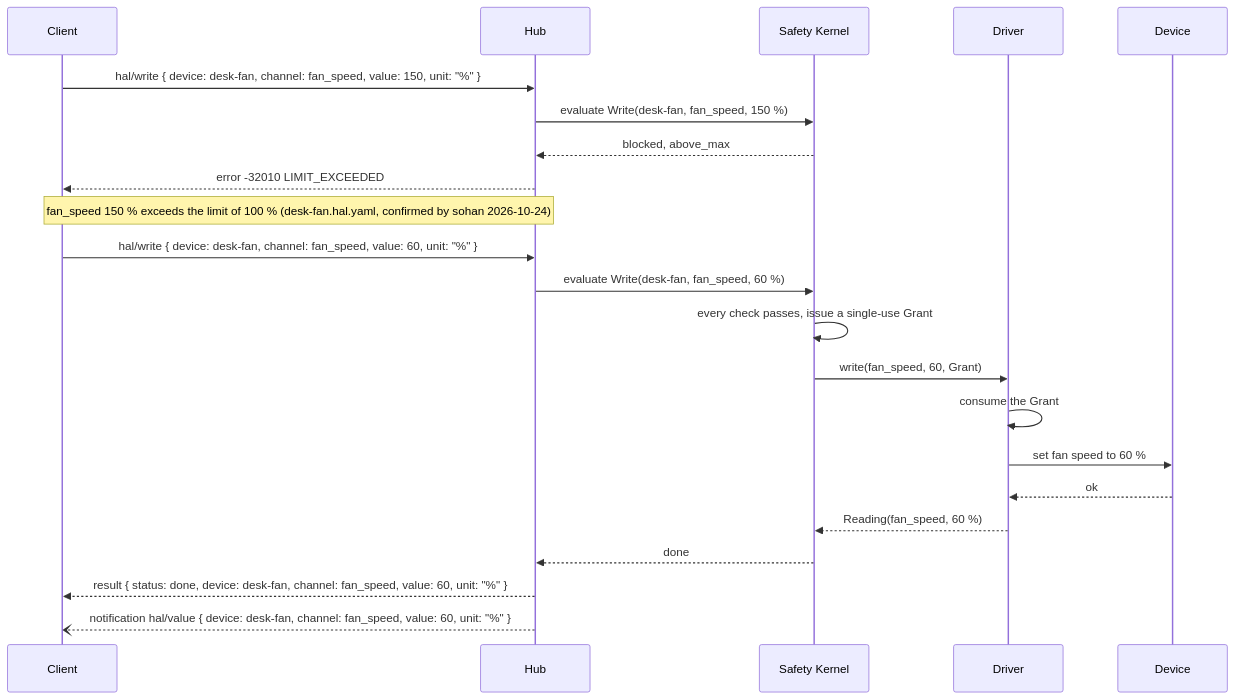
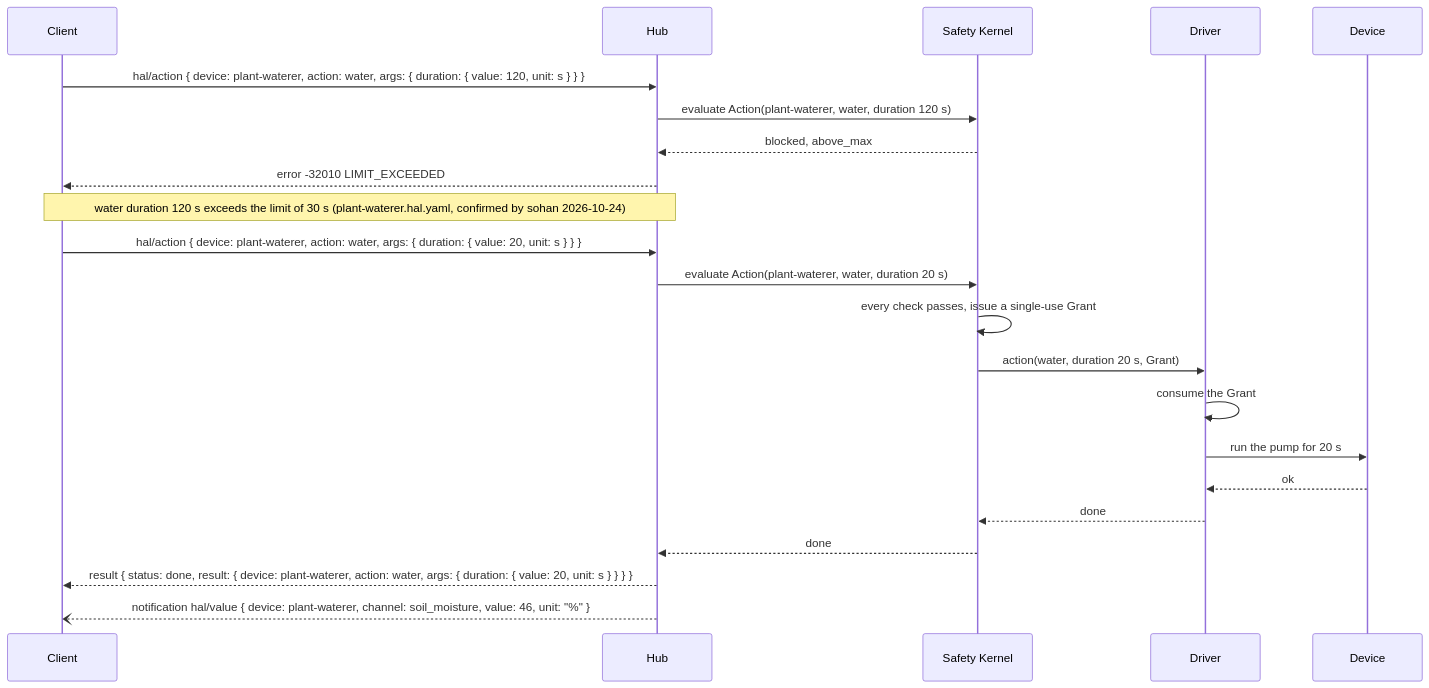
The diagram in spec/2026-10-24/architecture.md (sohan-bhat/OpenHAL), drawn with Mermaid before and after one commit. The commit also changed other lines of this file and 3 other files, not shown here.

First line of the commit message:
docs(spec): use the plant waterer in the message, architecture and safety examples

````diff
--- a/spec/2026-10-24/architecture.md
+++ b/spec/2026-10-24/architecture.md
@@ -29,26 +29,26 @@
 ```mermaid
 sequenceDiagram
     participant C as Client
     participant H as Hub
     participant K as Safety Kernel
     participant D as Driver
     participant V as Device
 
-    C->>H: hal/write { device: desk-fan, channel: fan_speed, value: 150, unit: "%" }
-    H->>K: evaluate Write(desk-fan, fan_speed, 150 %)
+    C->>H: hal/action { device: plant-waterer, action: water, args: { duration: { value: 120, unit: s } } }
+    H->>K: evaluate Action(plant-waterer, water, duration 120 s)
     K-->>H: blocked, above_max
     H-->>C: error -32010 LIMIT_EXCEEDED
-    Note over C,H: fan_speed 150 % exceeds the limit of 100 % (desk-fan.hal.yaml, confirmed by sohan 2026-10-24)
+    Note over C,H: water duration 120 s exceeds the limit of 30 s (plant-waterer.hal.yaml, confirmed by sohan 2026-10-24)
 
-    C->>H: hal/write { device: desk-fan, channel: fan_speed, value: 60, unit: "%" }
-    H->>K: evaluate Write(desk-fan, fan_speed, 60 %)
+    C->>H: hal/action { device: plant-waterer, action: water, args: { duration: { value: 20, unit: s } } }
+    H->>K: evaluate Action(plant-waterer, water, duration 20 s)
     K->>K: every check passes, issue a single-use Grant
-    K->>D: write(fan_speed, 60, Grant)
+    K->>D: action(water, duration 20 s, Grant)
     D->>D: consume the Grant
-    D->>V: set fan speed to 60 %
+    D->>V: run the pump for 20 s
     V-->>D: ok
-    D-->>K: Reading(fan_speed, 60 %)
+    D-->>K: done
     K-->>H: done
-    H-->>C: result { status: done, device: desk-fan, channel: fan_speed, value: 60, unit: "%" }
-    H--)C: notification hal/value { device: desk-fan, channel: fan_speed, value: 60, unit: "%" }
+    H-->>C: result { status: done, result: { device: plant-waterer, action: water, args: { duration: { value: 20, unit: s } } } }
+    H--)C: notification hal/value { device: plant-waterer, channel: soil_moisture, value: 46, unit: "%" }
 ```
````
